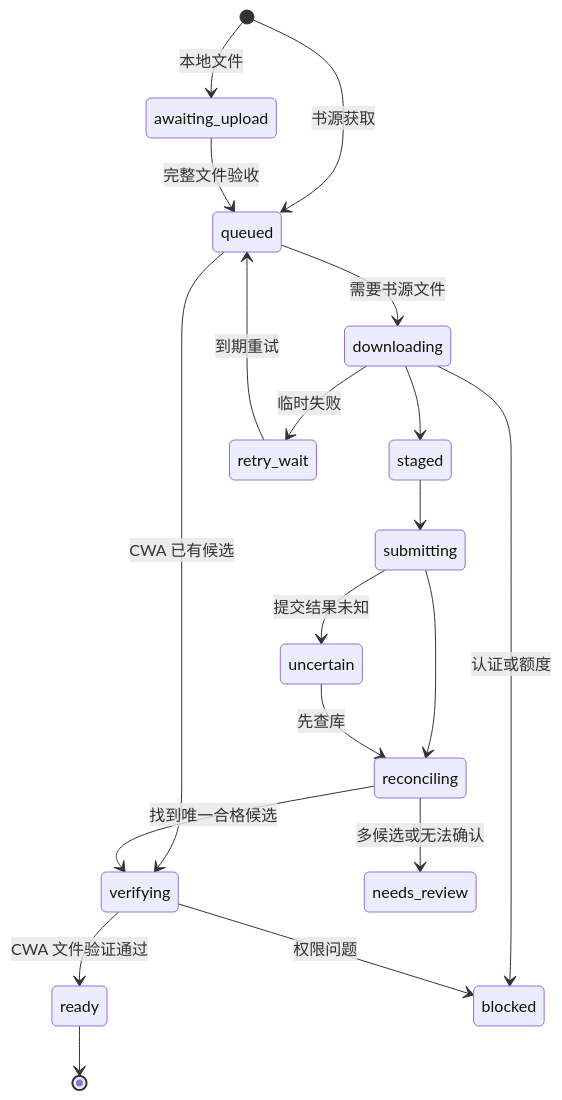
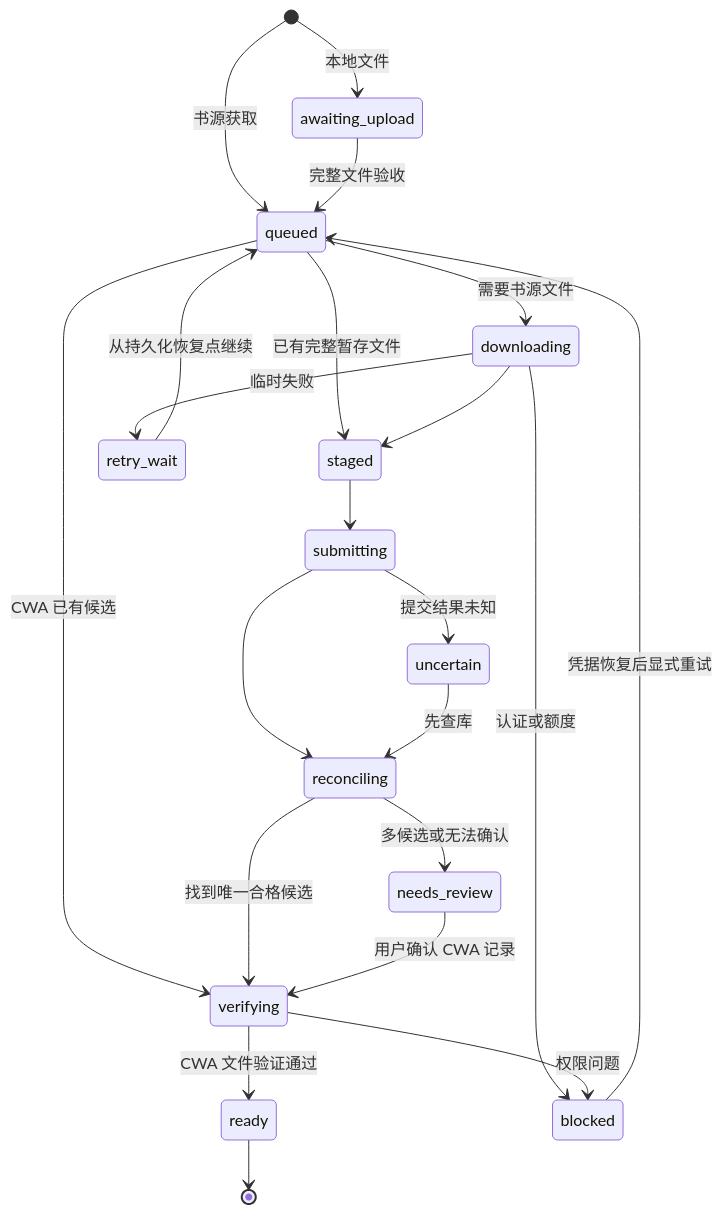
The second of 2 diagrams in plan/01-architecture.md (mmm1h/cwa-book-mcp), drawn with Mermaid before and after one commit. The commit also changed other lines of this file and 11 other files, not shown here.

```diff
--- a/plan/01-architecture.md
+++ b/plan/01-architecture.md
@@ -74,21 +74,24 @@
 ~~~mermaid
 stateDiagram-v2
     [*] --> awaiting_upload: 本地文件
     [*] --> queued: 书源获取
     awaiting_upload --> queued: 完整文件验收
     queued --> downloading: 需要书源文件
+    queued --> staged: 已有完整暂存文件
     queued --> verifying: CWA 已有候选
     downloading --> staged
     staged --> submitting
     submitting --> reconciling
     reconciling --> verifying: 找到唯一合格候选
     verifying --> ready: CWA 文件验证通过
     downloading --> retry_wait: 临时失败
     submitting --> uncertain: 提交结果未知
     uncertain --> reconciling: 先查库
     reconciling --> needs_review: 多候选或无法确认
     downloading --> blocked: 认证或额度
     verifying --> blocked: 权限问题
-    retry_wait --> queued: 到期重试
+    retry_wait --> queued: 从持久化恢复点继续
+    needs_review --> verifying: 用户确认 CWA 记录
+    blocked --> queued: 凭据恢复后显式重试
     ready --> [*]
 ~~~
```
